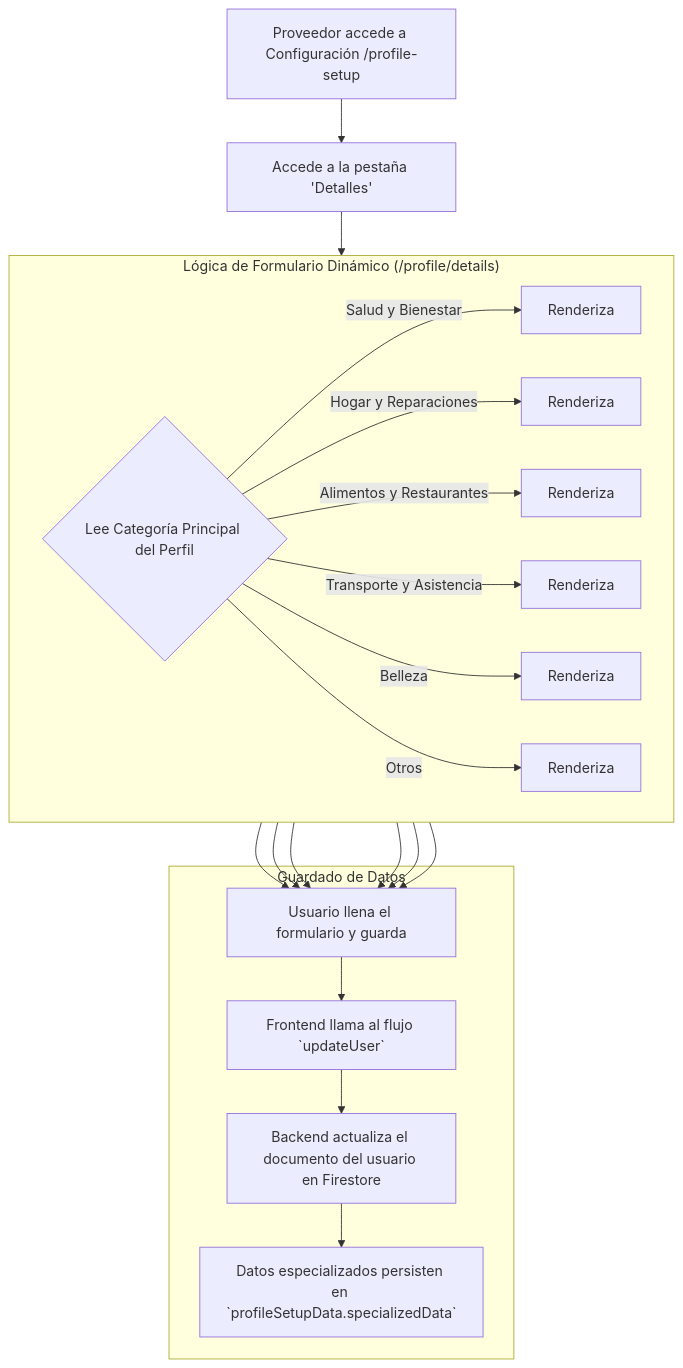
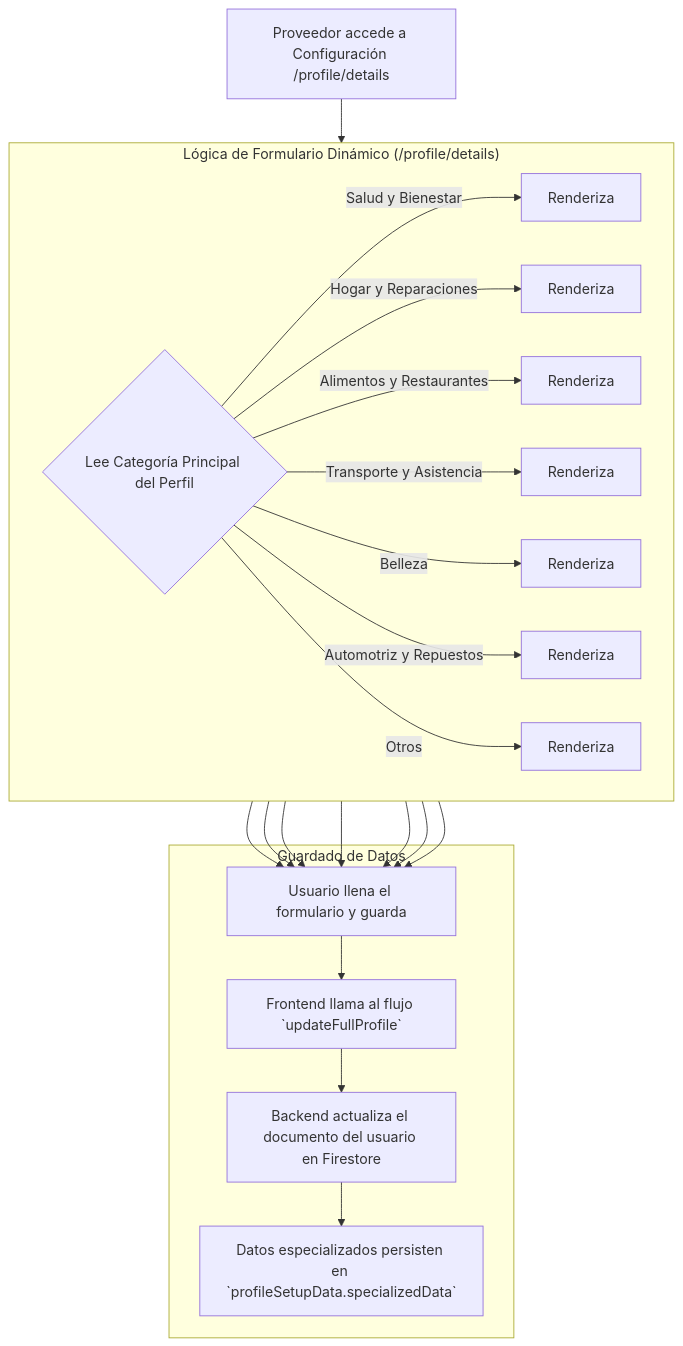
One commit to F3rnand04/corabO changed the second of 5 diagrams in src/FLOWCHARTS.md. Above: the diagram before and after it, drawn with Mermaid. The commit also changed other lines of this file and 4 other files, not shown here.

````diff
--- a/src/FLOWCHARTS.md
+++ b/src/FLOWCHARTS.md
@@ -31,27 +31,28 @@
 ```mermaid
 graph TD
-    A[Proveedor accede a Configuración /profile-setup] --> B[Accede a la pestaña 'Detalles'];
-    B --> C{Lee Categoría Principal del Perfil};
+    A[Proveedor accede a Configuración /profile/details] --> B{Lee Categoría Principal del Perfil};
     
     subgraph "Lógica de Formulario Dinámico (/profile/details)"
       direction LR
-      C -- "Salud y Bienestar" --> D_Health[Renderiza <HealthFields />];
-      C -- "Hogar y Reparaciones" --> D_Home[Renderiza <HomeRepairFields />];
-      C -- "Alimentos y Restaurantes" --> D_Food[Renderiza <FoodAndRestaurantFields />];
-      C -- "Transporte y Asistencia" --> D_Transport[Renderiza <TransportFields />];
-      C -- "Belleza" --> D_Beauty[Renderiza <BeautyFields />];
-      C -- "Otros" --> D_General[Renderiza <GeneralProviderFields />];
+      B -- "Salud y Bienestar" --> D_Health[Renderiza <HealthFields />];
+      B -- "Hogar y Reparaciones" --> D_Home[Renderiza <HomeRepairFields />];
+      B -- "Alimentos y Restaurantes" --> D_Food[Renderiza <FoodAndRestaurantFields />];
+      B -- "Transporte y Asistencia" --> D_Transport[Renderiza <TransportFields />];
+      B -- "Belleza" --> D_Beauty[Renderiza <BeautyFields />];
+      B -- "Automotriz y Repuestos" --> D_Auto[Renderiza <AutomotiveFields />];
+      B -- "Otros" --> D_General[Renderiza <GeneralProviderFields />];
     end
     
     subgraph "Guardado de Datos"
       D_Health --> E[Usuario llena el formulario y guarda];
       D_Home --> E;
       D_Food --> E;
       D_Transport --> E;
       D_Beauty --> E;
+      D_Auto --> E;
       D_General --> E;
-      E --> F_FE[Frontend llama al flujo `updateUser`];
+      E --> F_FE[Frontend llama al flujo `updateFullProfile`];
       F_FE --> G_BE[Backend actualiza el documento del usuario en Firestore];
       G_BE --> H[Datos especializados persisten en `profileSetupData.specializedData`];
     end
 ```
````
